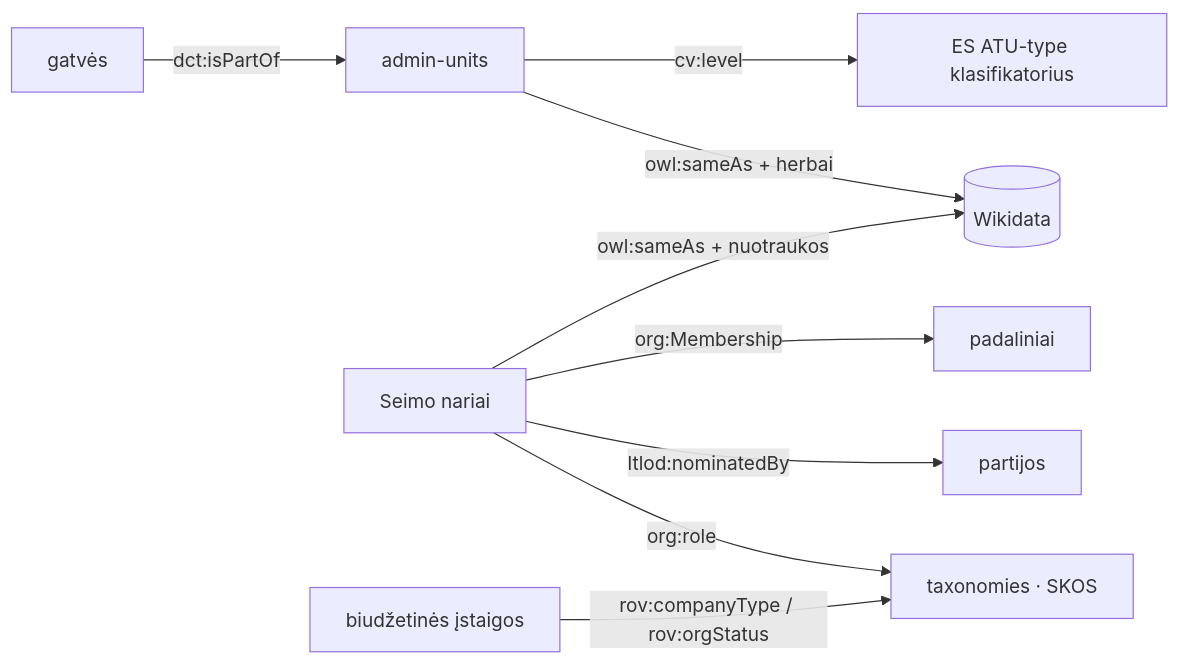
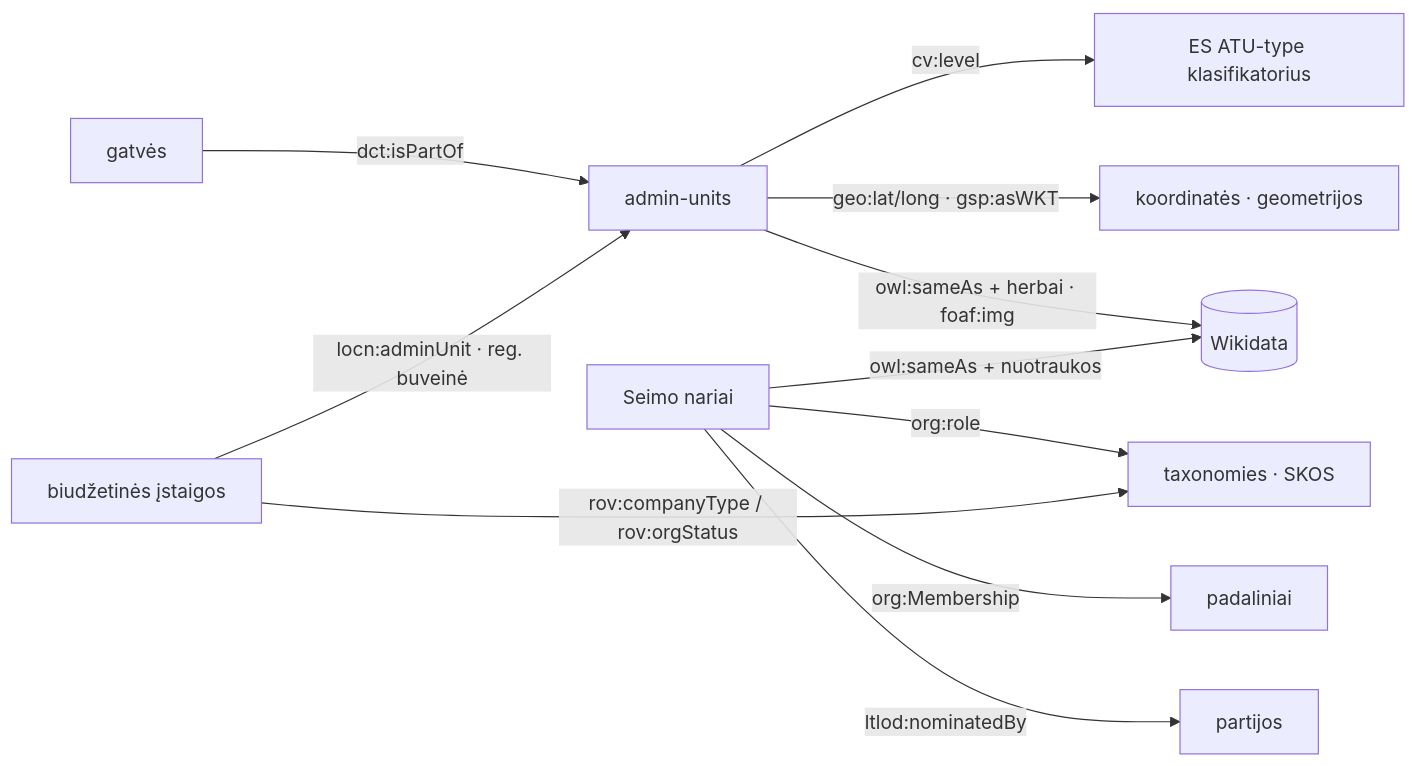
The second of 3 diagrams in README.md (AtomGraph/LTLOD), drawn with Mermaid before and after one commit. The commit also changed other lines of this file, not shown here.

First line of the commit message:
Document new admin-units relations in README

````diff
--- a/README.md
+++ b/README.md
@@ -79,11 +83,13 @@
 ```mermaid
 graph LR
     streets[gatvės] -->|dct:isPartOf| admin[admin-units]
+    legal[biudžetinės įstaigos] -->|locn:adminUnit · reg. buveinė| admin
     seimas[Seimo nariai] -->|org:Membership| units[padaliniai]
     seimas -->|ltlod:nominatedBy| parties[partijos]
     seimas -->|org:role| tax[taxonomies · SKOS]
-    legal[biudžetinės įstaigos] -->|rov:companyType / rov:orgStatus| tax
+    legal -->|rov:companyType / rov:orgStatus| tax
     admin -->|cv:level| atu[ES ATU-type klasifikatorius]
-    admin -->|owl:sameAs + herbai| wd[(Wikidata)]
+    admin -->|geo:lat/long · gsp:asWKT| geo[koordinatės · geometrijos]
+    admin -->|owl:sameAs + herbai · foaf:img| wd[(Wikidata)]
     seimas -->|owl:sameAs + nuotraukos| wd
 ```
````
